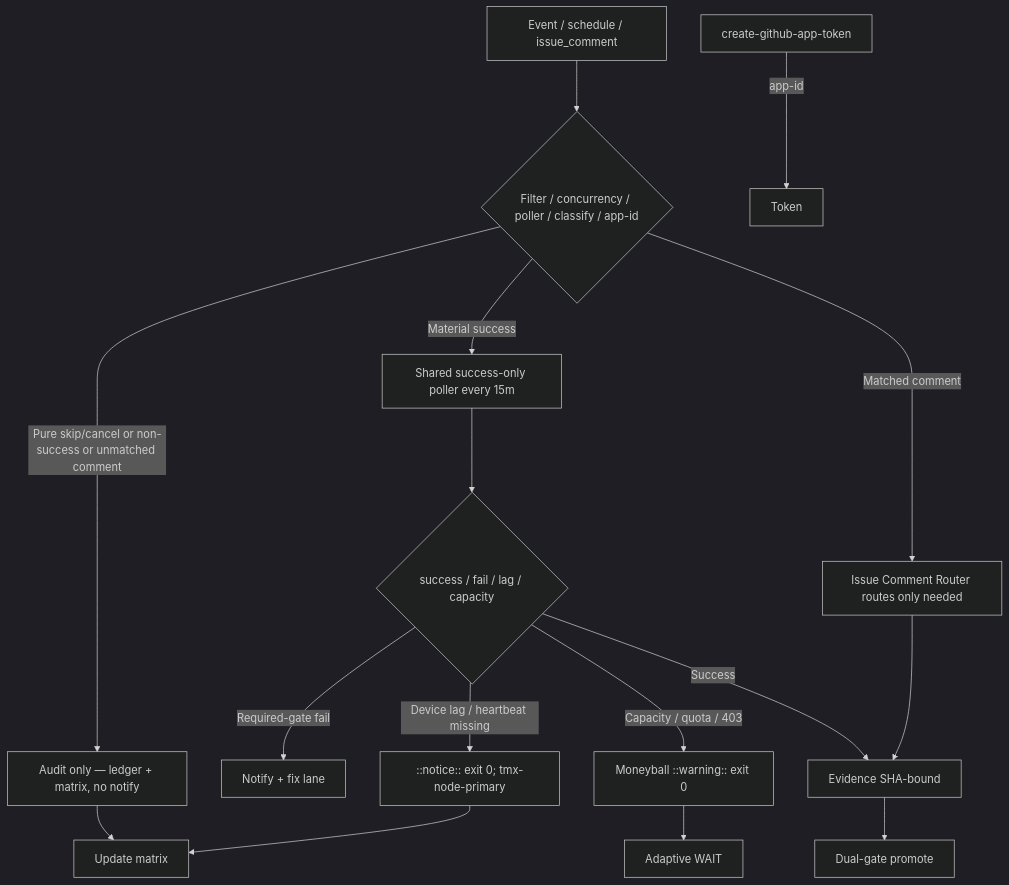
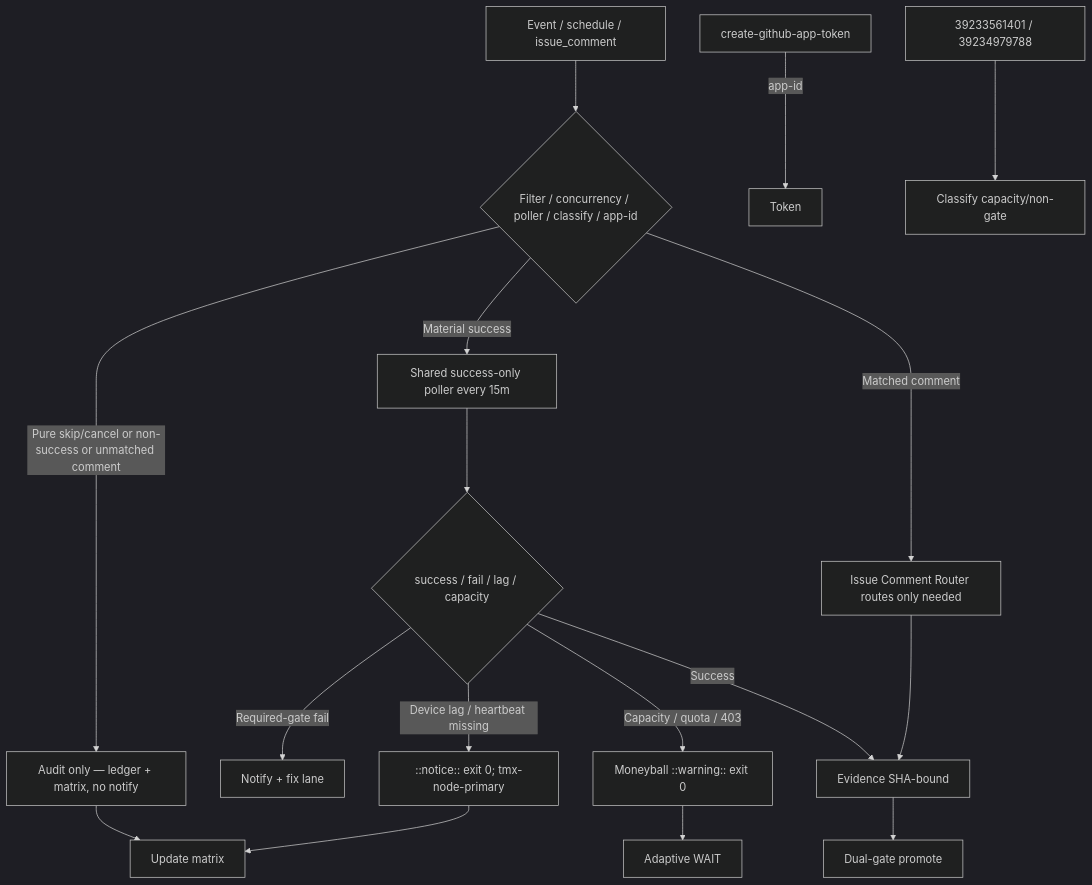
The diagram in docs/ops/ACTIONS-CONSOLIDATED-MATRIX-2026-10-27.md (timerloggedout-spec/termux-monorepo), drawn with Mermaid (dark theme) before and after one commit. The commit also changed other lines of this file, not shown here.

````diff
--- a/docs/ops/ACTIONS-CONSOLIDATED-MATRIX-2026-10-27.md
+++ b/docs/ops/ACTIONS-CONSOLIDATED-MATRIX-2026-10-27.md
@@ -39,18 +42,19 @@
 ```mermaid
 flowchart TD
   Event[Event / schedule / issue_comment] --> Router{Filter / concurrency / poller / classify / app-id}
   Router -->|Pure skip/cancel or non-success or unmatched comment| Audit[Audit only — ledger + matrix, no notify]
   Router -->|Material success| Poller[Shared success-only poller every 15m]
   Router -->|Matched comment| Modular[Issue Comment Router routes only needed]
   Poller --> Classify{success / fail / lag / capacity}
   Classify -->|Required-gate fail| Alert[Notify + fix lane]
   Classify -->|Device lag / heartbeat missing| Notice[::notice:: exit 0; tmx-node-primary]
   Classify -->|Capacity / quota / 403| Defer[Moneyball ::warning:: exit 0]
   Classify -->|Success| Receipt[Evidence SHA-bound]
   Notice --> Matrix[Update matrix]
   Defer --> Wait[Adaptive WAIT]
   Receipt --> Promote[Dual-gate promote]
   Audit --> Matrix
   Modular --> Receipt
   AppToken[create-github-app-token] -->|app-id| Mint[Token]
+  Historical[39233561401 / 39234979788] --> Capacity[Classify capacity/non-gate]
 ```
````
